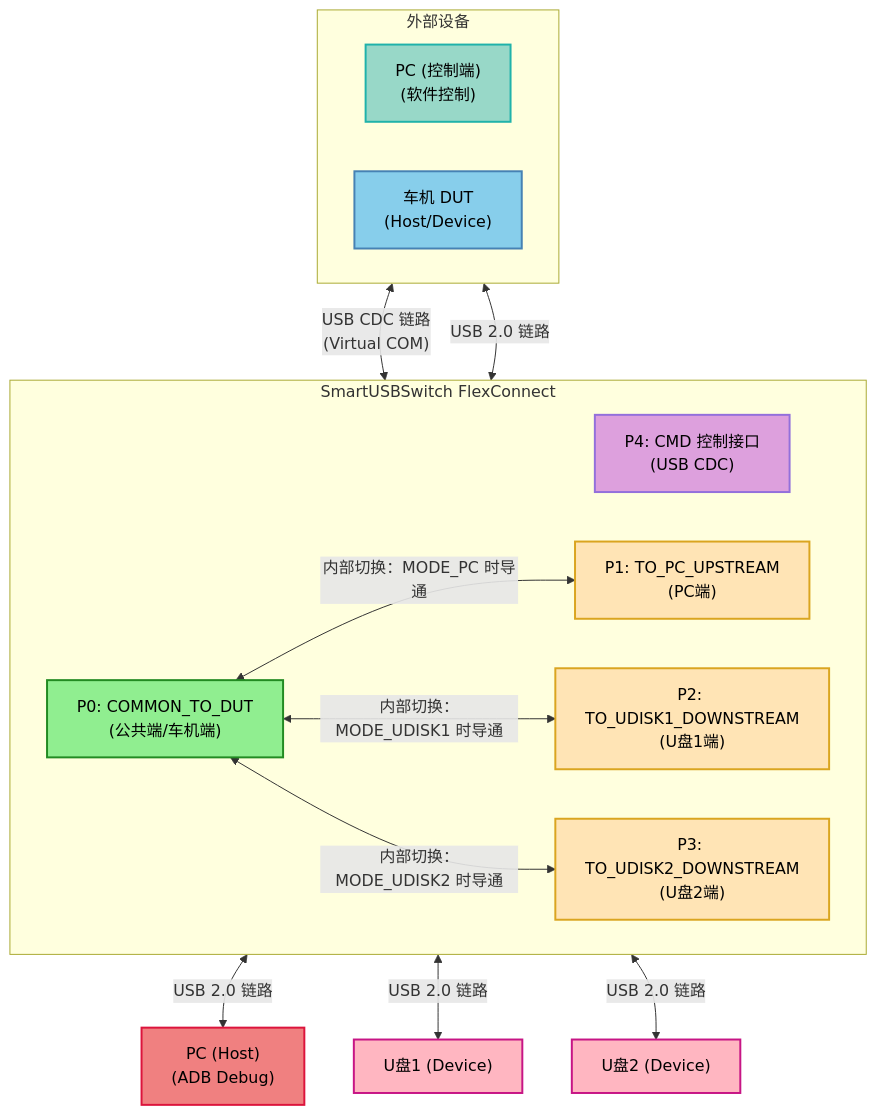
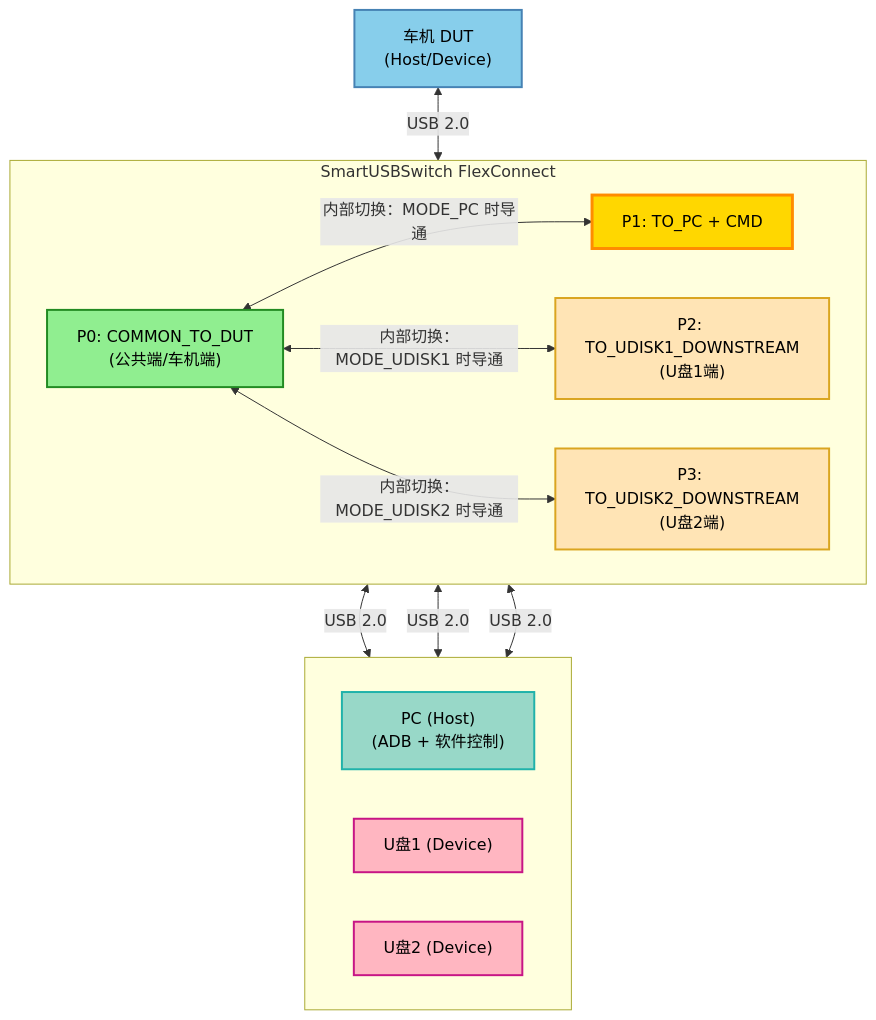
The first of 2 diagrams in SmartUSBSwitch_FlexConnect/产品规格书.md (mixedsignal-labs/smartusbhub-doc), drawn with Mermaid before and after one commit. The commit also changed other lines of this file and 3 other files, not shown here.

````diff
--- a/SmartUSBSwitch_FlexConnect/产品规格书.md
+++ b/SmartUSBSwitch_FlexConnect/产品规格书.md
@@ -86,45 +86,40 @@
 ```mermaid
 graph TB
-    %% 上方：车机 DUT 和 PC 控制端（并排）
-    subgraph TopDevices["外部设备"]
-        direction LR
-        PC_CMD["PC (控制端)<br/>(软件控制)"]:::pccmd
-        DUT["车机 DUT<br/>(Host/Device)"]:::dut
-    end
+    %% 正上方：车机 DUT
+    DUT["车机 DUT<br/>(Host/Device)"]:::dut
     
     %% 中间：SmartUSBSwitch FlexConnect
     subgraph FlexConnect["SmartUSBSwitch FlexConnect"]
         direction LR
-        P4["P4: CMD 控制接口<br/>(USB CDC)"]:::p4
+        P14["P1: TO_PC + CMD<br/>"]:::p14
         P0["P0: COMMON_TO_DUT<br/>(公共端/车机端)"]:::p0
-        P1["P1: TO_PC_UPSTREAM<br/>(PC端)"]:::p1
         P2["P2: TO_UDISK1_DOWNSTREAM<br/>(U盘1端)"]:::p2
         P3["P3: TO_UDISK2_DOWNSTREAM<br/>(U盘2端)"]:::p3
     end
     
-    %% 下方：PC 和 U盘
-    PC["PC (Host)<br/>(ADB Debug)"]:::pc
-    UDISK1["U盘1 (Device)"]:::udisk
-    UDISK2["U盘2 (Device)"]:::udisk
+    %% 下方：PC 和 U盘（使用subgraph强制水平排列）
+    subgraph " "
+        direction LR
+        PC["PC (Host)<br/>(ADB + 软件控制)"]:::pc
+        UDISK1["U盘1 (Device)"]:::udisk
+        UDISK2["U盘2 (Device)"]:::udisk
+    end
     
     %% 连接关系：从上到下（物理链路均为双向）
-    PC_CMD <-->|"USB CDC 链路<br/>(Virtual COM)"| P4
-    DUT <-->|"USB 2.0 链路"| P0
-    P0 <-->|"内部切换：MODE_PC 时导通"| P1
+    DUT <-->|"USB 2.0"| P0
+    P0 <-->|"内部切换：MODE_PC 时导通"| P14
     P0 <-->|"内部切换：MODE_UDISK1 时导通"| P2
     P0 <-->|"内部切换：MODE_UDISK2 时导通"| P3
-    P1 <-->|"USB 2.0 链路"| PC
-    P2 <-->|"USB 2.0 链路"| UDISK1
-    P3 <-->|"USB 2.0 链路"| UDISK2
+    P14 <-->|"USB 2.0"| PC
+    P2 <-->|"USB 2.0"| UDISK1
+    P3 <-->|"USB 2.0"| UDISK2
     
     %% 样式定义
     classDef dut fill:#87CEEB,stroke:#4682B4,stroke-width:2px,color:#000
     classDef p0 fill:#90EE90,stroke:#228B22,stroke-width:2px,color:#000
-    classDef p1 fill:#FFE4B5,stroke:#DAA520,stroke-width:2px,color:#000
+    classDef p14 fill:#FFD700,stroke:#FF8C00,stroke-width:3px,color:#000
     classDef p2 fill:#FFE4B5,stroke:#DAA520,stroke-width:2px,color:#000
     classDef p3 fill:#FFE4B5,stroke:#DAA520,stroke-width:2px,color:#000
-    classDef p4 fill:#DDA0DD,stroke:#9370DB,stroke-width:2px,color:#000
-    classDef pc fill:#F08080,stroke:#DC143C,stroke-width:2px,color:#000
-    classDef pccmd fill:#98D8C8,stroke:#20B2AA,stroke-width:2px,color:#000
+    classDef pc fill:#98D8C8,stroke:#20B2AA,stroke-width:2px,color:#000
     classDef udisk fill:#FFB6C1,stroke:#C71585,stroke-width:2px,color:#000
 ```
````
